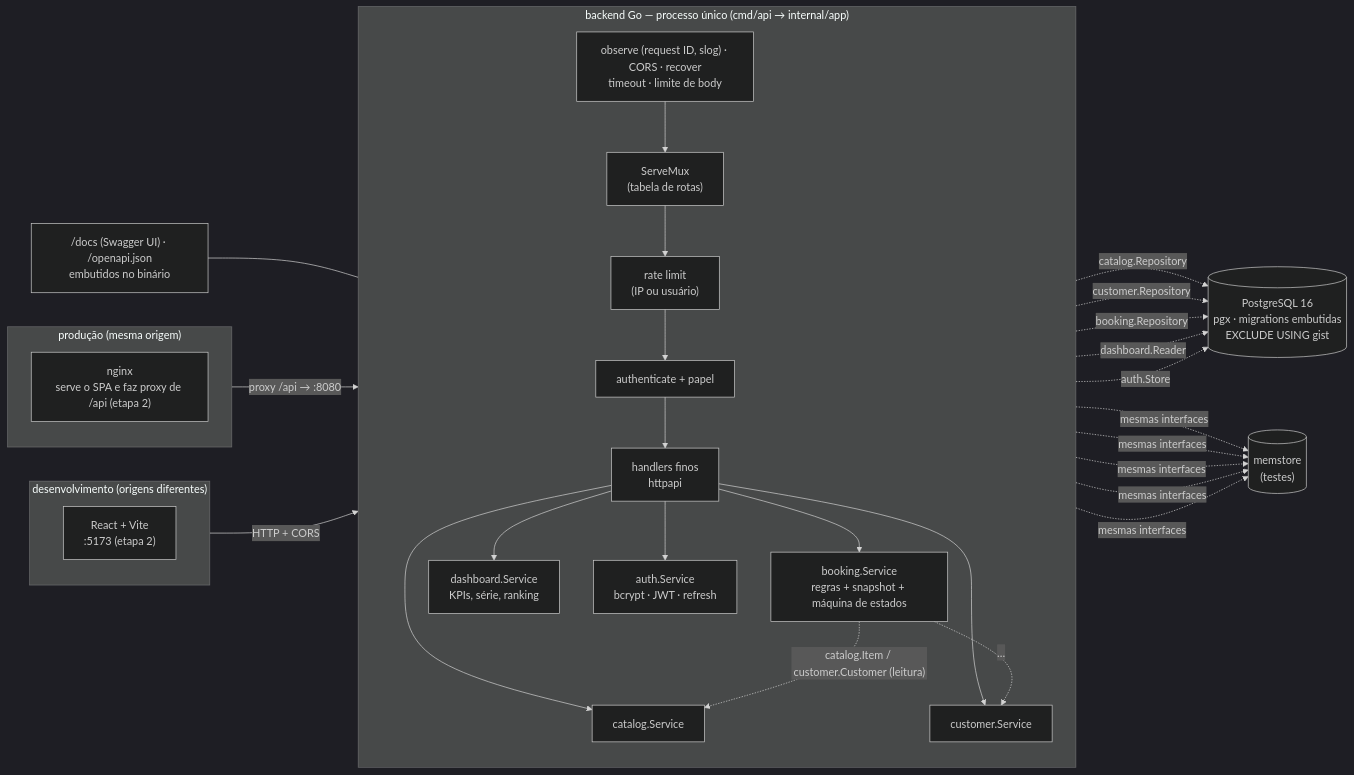
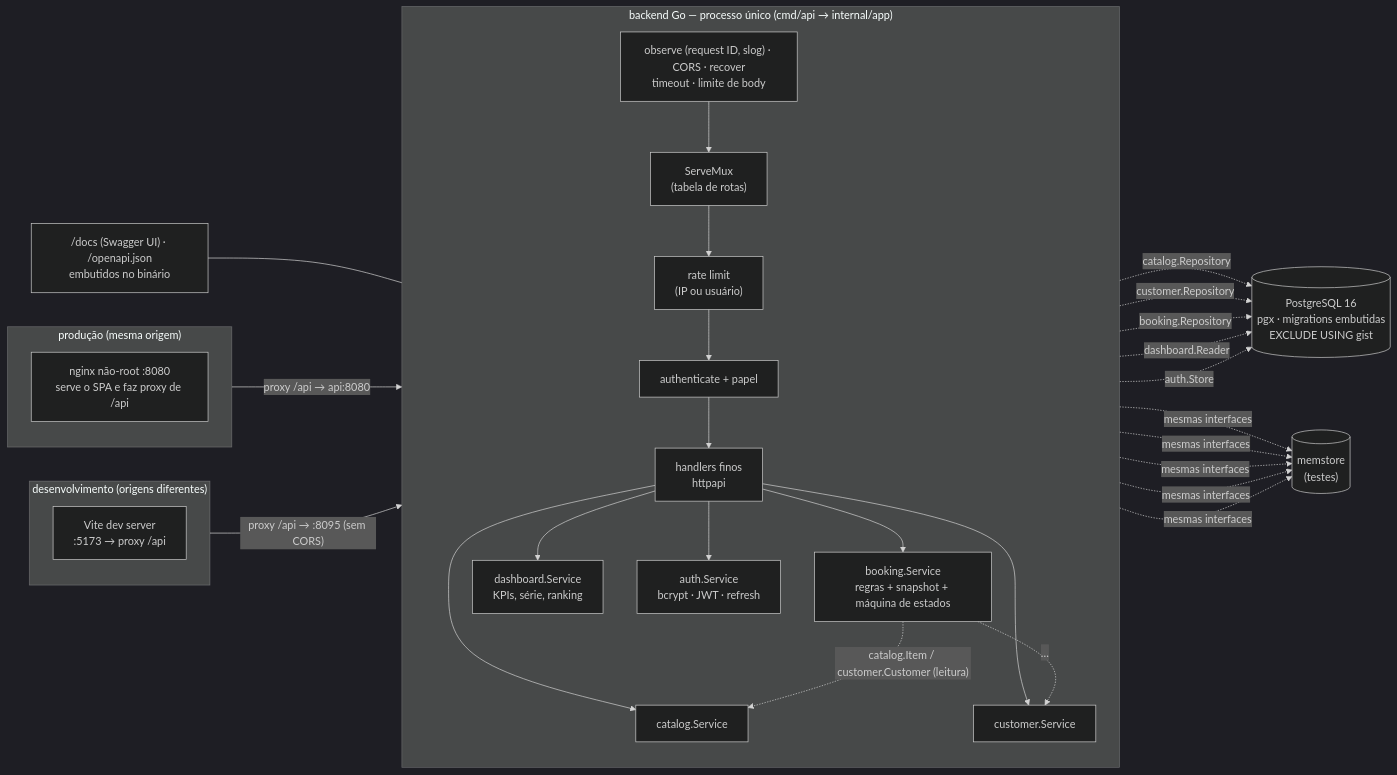
The first of 5 diagrams in docs/ARCHITECTURE.md (andreccls/go-react-business-suite), drawn with Mermaid (dark theme) before and after one commit. The commit also changed other lines of this file and 10 other files, not shown here.

First line of the commit message:
docs: document the frontend (README, English summary, architecture, testing, ADRs 0006-0010) and add a keyboard-only E2E

````diff
--- a/docs/ARCHITECTURE.md
+++ b/docs/ARCHITECTURE.md
@@ -9,37 +9,37 @@
 ```mermaid
 flowchart LR
     subgraph Dev["desenvolvimento (origens diferentes)"]
         direction TB
-        VITE["React + Vite<br/>:5173 (etapa 2)"]
+        VITE["Vite dev server<br/>:5173 → proxy /api"]
     end
     subgraph Prod["produção (mesma origem)"]
         direction TB
-        NGINX["nginx<br/>serve o SPA e faz proxy de /api (etapa 2)"]
+        NGINX["nginx não-root :8080<br/>serve o SPA e faz proxy de /api"]
     end
 
-    VITE -- "HTTP + CORS" --> API
-    NGINX -- "proxy /api → :8080" --> API
+    VITE -- "proxy /api → :8095 (sem CORS)" --> API
+    NGINX -- "proxy /api → api:8080" --> API
 
     subgraph API["backend Go — processo único (cmd/api → internal/app)"]
         direction TB
         MW["observe (request ID, slog) · CORS · recover<br/>timeout · limite de body"] --> MUX["ServeMux<br/>(tabela de rotas)"]
         MUX --> RL["rate limit<br/>(IP ou usuário)"] --> AU["authenticate + papel"] --> H["handlers finos<br/>httpapi"]
         H --> CAT["catalog.Service"]
         H --> CUS["customer.Service"]
         H --> BK["booking.Service<br/>regras + snapshot + máquina de estados"]
         H --> DB["dashboard.Service<br/>KPIs, série, ranking"]
         H --> AS["auth.Service<br/>bcrypt · JWT · refresh"]
         BK -. "catalog.Item / customer.Customer (leitura)" .-> CAT
         BK -. "…" .-> CUS
     end
 
     CAT -. "catalog.Repository" .-> PG
     CUS -. "customer.Repository" .-> PG
     BK -. "booking.Repository" .-> PG
     DB -. "dashboard.Reader" .-> PG
     AS -. "auth.Store" .-> PG
     PG[("PostgreSQL 16<br/>pgx · migrations embutidas<br/>EXCLUDE USING gist")]
     MEM[("memstore<br/>(testes)")]
     CAT & CUS & BK & DB & AS -. "mesmas interfaces" .-> MEM
     DOCS["/docs (Swagger UI) · /openapi.json<br/>embutidos no binário"] --- MUX
 ```
````
